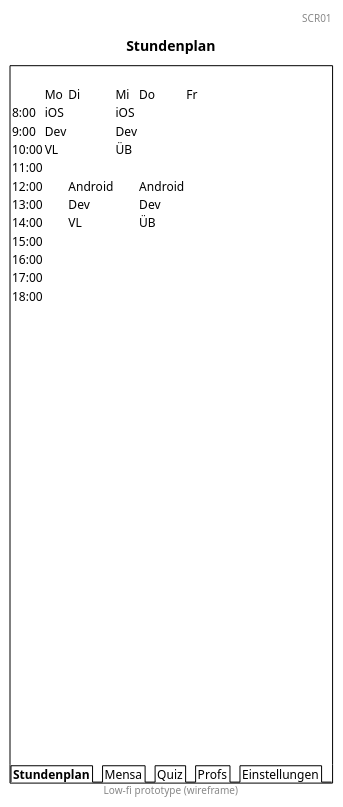
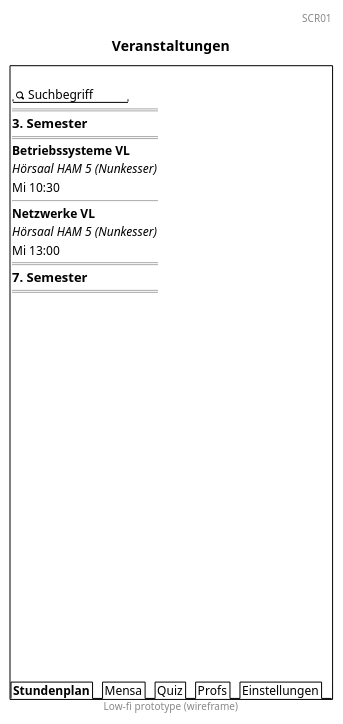
Before and after one commit to RobinNunkesser/plantuml: the diagram in scr1.pu, drawn with PlantUML. The commit also changed 5 other files, not shown here.

```diff
--- a/scr1.pu
+++ b/scr1.pu
@@ -1,48 +1,46 @@
 @startsalt
-title Stundenplan
+title Veranstaltungen
 header SCR01
 footer Low-fi prototype (wireframe)
 {+
 {
     .
-    .     | Mo  | Di      | Mi   | Do      | Fr
-    8:00  | iOS | .       | iOS  | .       | .
-    9:00  | Dev | .       | Dev  | .       | .
-    10:00 | VL  | .       | ÜB   | .       | .
-    11:00 | .   | .       | .    | .       | .
-    12:00 | .   | Android | .    | Android | .  
-    13:00 | .   | Dev     | .    | Dev     | .  
-    14:00 | .   | VL      | .    | ÜB      | .  
-    15:00 | .   | .       | .    | .       | .
-    16:00 | .   | .       | .    | .       | .
-    17:00 | .   | .       | .    | .       | .
-    18:00 | .   | .       | .    | .       | .
-    .
-    .
-    .
-    .
+    "<&magnifying-glass> Suchbegriff"
+    ==
+    === 3. Semester 
+    ==
+    **Betriebssysteme VL**
+    //Hörsaal HAM 5 (Nunkesser)//
+    Mi 10:30
+    --
+    **Netzwerke VL**
+    //Hörsaal HAM 5 (Nunkesser)//
+    Mi 13:00
+    ==
+    === 7. Semester 
+    ==
     .
     .
     .
     .
     .
     .
     .
     .
     .
     .
     .
     .
     .
     .
     .
     .
     .
     .
     .
     .
     .
 }
 {/ <b>Stundenplan | Mensa | Quiz | Profs | Einstellungen }
 }
 @endsalt
```
